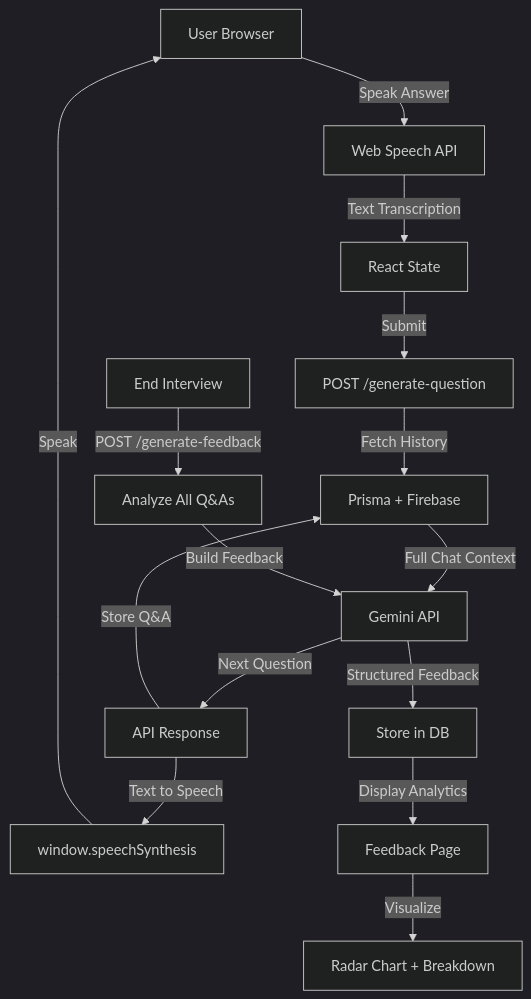
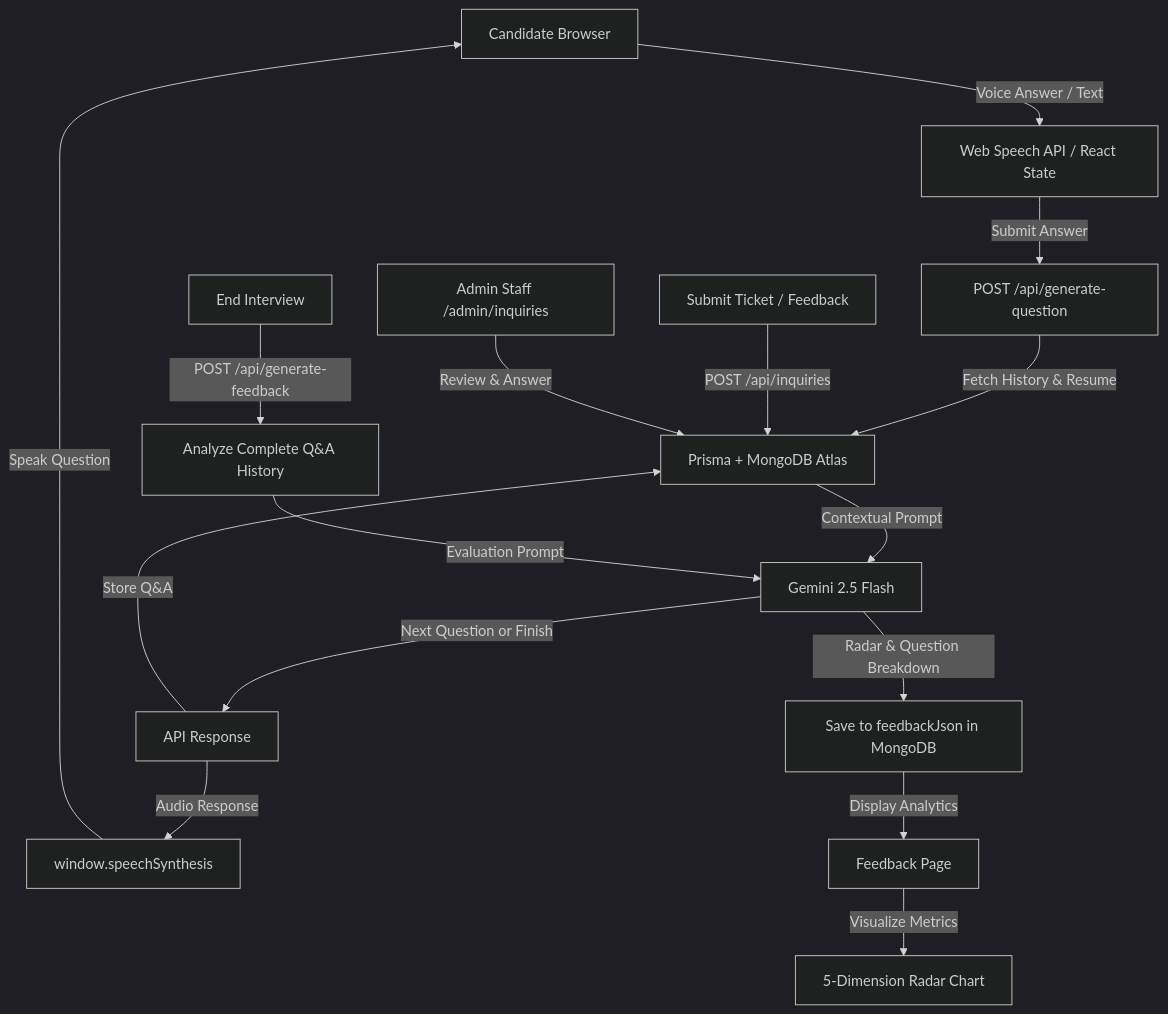
Before and after one commit to kunjvaghani/Mockmate: the first of 4 diagrams in README.md, drawn with Mermaid (dark theme). The commit also changed other lines of this file, not shown here.

````diff
--- a/README.md
+++ b/README.md
@@ -330,18 +409,20 @@
 ```mermaid
-graph TD
-    A[User Browser] -->|Speak Answer| B[Web Speech API]
-    B -->|Text Transcription| C[React State]
-    C -->|Submit| D[POST /generate-question]
-    D -->|Fetch History| E[Prisma + Firebase]
-    E -->|Full Chat Context| F[Gemini API]
-    F -->|Next Question| G[API Response]
-    G -->|Store Q&A| E
-    G -->|Text to Speech| H[window.speechSynthesis]
-    H -->|Speak| A
+flowchart TD
+    A[Candidate Browser] -->|Voice Answer / Text| B[Web Speech API / React State]
+    B -->|Submit Answer| C[POST /api/generate-question]
+    C -->|Fetch History & Resume| D[Prisma + MongoDB Atlas]
+    D -->|Contextual Prompt| E[Gemini 2.5 Flash]
+    E -->|Next Question or Finish| F[API Response]
+    F -->|Store Q&A| D
+    F -->|Audio Response| G[window.speechSynthesis]
+    G -->|Speak Question| A
     
-    I[End Interview] -->|POST /generate-feedback| J[Analyze All Q&As]
-    J -->|Build Feedback| F
-    F -->|Structured Feedback| K[Store in DB]
-    K -->|Display Analytics| L[Feedback Page]
-    L -->|Visualize| M[Radar Chart + Breakdown]
+    H[End Interview] -->|POST /api/generate-feedback| I[Analyze Complete Q&A History]
+    I -->|Evaluation Prompt| E
+    E -->|Radar & Question Breakdown| J[Save to feedbackJson in MongoDB]
+    J -->|Display Analytics| K[Feedback Page]
+    K -->|Visualize Metrics| L[5-Dimension Radar Chart]
+
+    M[Submit Ticket / Feedback] -->|POST /api/inquiries| D
+    N[Admin Staff /admin/inquiries] -->|Review & Answer| D
 ```
````
